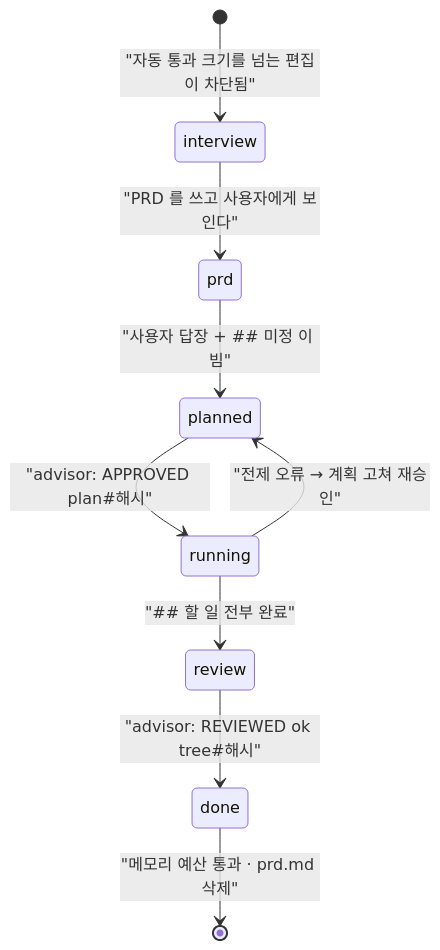
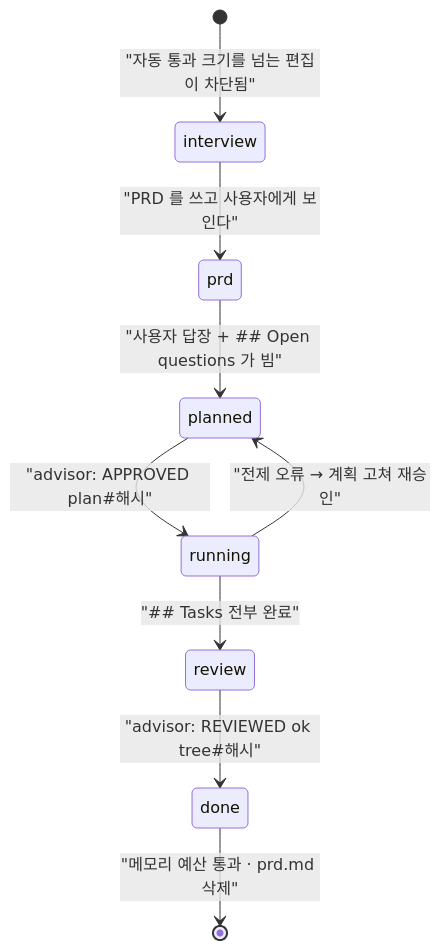
One commit to hyperitycorp-jkh/midnight-vibe changed the diagram in README.ko.md. Above: the diagram before and after it, drawn with Mermaid. The commit also changed other lines of this file and 26 other files, not shown here.

````diff
--- a/README.ko.md
+++ b/README.ko.md
@@ -9,11 +9,11 @@
 ```mermaid
 stateDiagram-v2
     [*] --> interview: "자동 통과 크기를 넘는 편집이 차단됨"
     interview --> prd: "PRD 를 쓰고 사용자에게 보인다"
-    prd --> planned: "사용자 답장 + ## 미정 이 빔"
+    prd --> planned: "사용자 답장 + ## Open questions 가 빔"
     planned --> running: "advisor: APPROVED plan#해시"
-    running --> review: "## 할 일 전부 완료"
+    running --> review: "## Tasks 전부 완료"
     review --> done: "advisor: REVIEWED ok tree#해시"
     running --> planned: "전제 오류 → 계획 고쳐 재승인"
     done --> [*]: "메모리 예산 통과 · prd.md 삭제"
 ```
````
